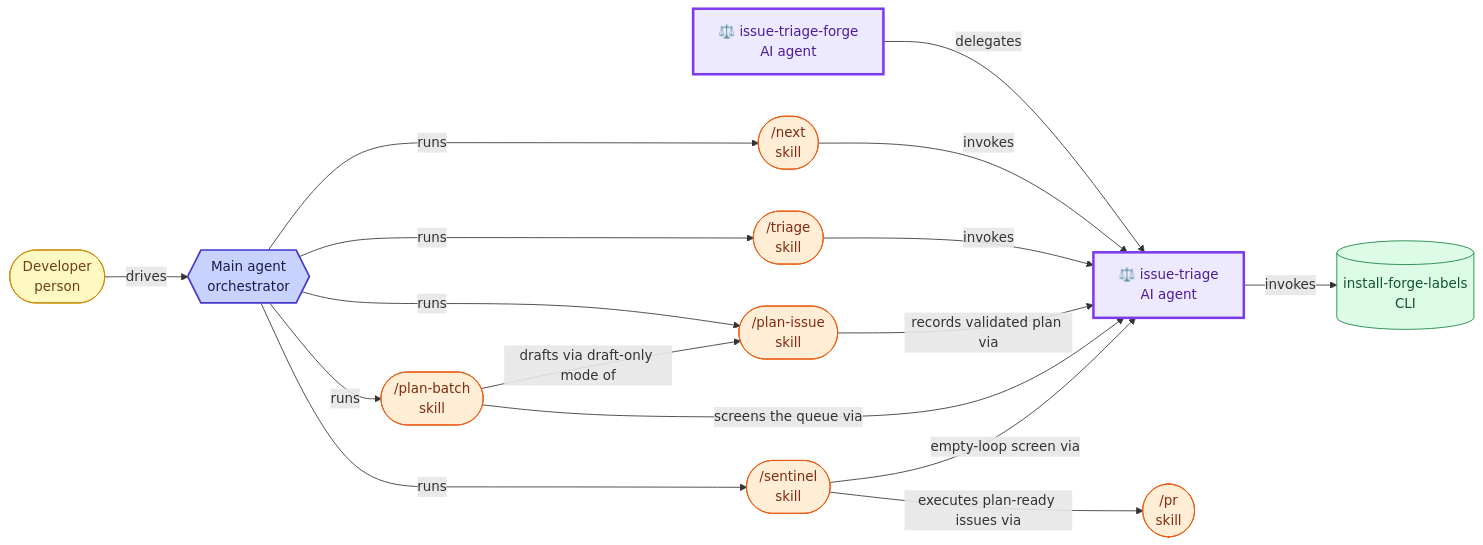
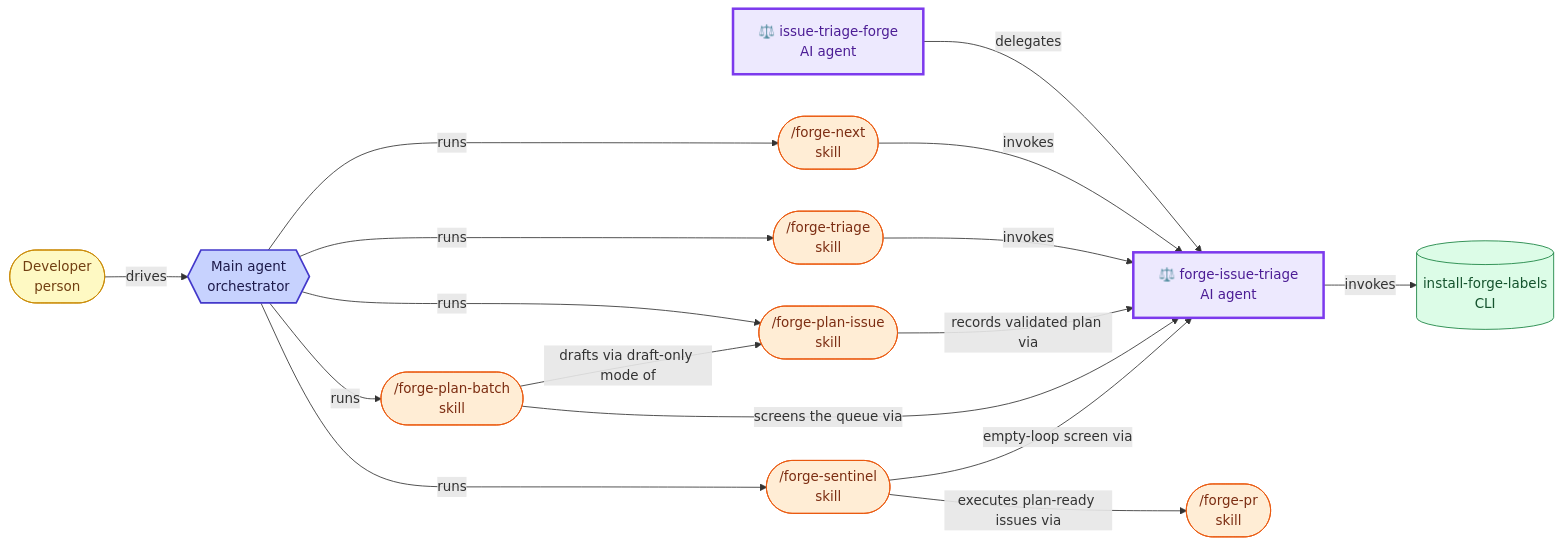
The fifth of 7 diagrams in docs/agent-architecture.md (misnaej/forge), drawn with Mermaid before and after one commit. The commit also changed other lines of this file and 187 other files, not shown here.

````diff
--- a/docs/agent-architecture.md
+++ b/docs/agent-architecture.md
@@ -327,51 +324,51 @@
 ```mermaid
 graph LR
   classDef person fill:#fef9c3,stroke:#ca8a04,color:#713f12
   classDef agent fill:#ede9fe,stroke:#7c3aed,color:#4c1d95
   classDef skill fill:#ffedd5,stroke:#ea580c,color:#7c2d12
   classDef hook fill:#fee2e2,stroke:#dc2626,color:#7f1d1d
   classDef cli fill:#dcfce7,stroke:#15803d,color:#14532d
   classDef policy fill:#f1f5f9,stroke:#64748b,color:#334155
   classDef orchestrator fill:#c7d2fe,stroke:#4338ca,color:#1e1b4b,stroke-width:2px
   classDef reporter stroke-dasharray:5 3
   classDef mutator stroke-width:3px
   human(["Developer<br/>person"])
   main_agent{{"Main agent<br/>orchestrator"}}
   human -->|drives| main_agent
   cli_install_forge_labels[("install-forge-labels<br/>CLI")]
-  issue_triage["⚖️ issue-triage<br/>AI agent"]
+  issue_triage["⚖️ forge-issue-triage<br/>AI agent"]
   issue_triage_forge["⚖️ issue-triage-forge<br/>AI agent"]
-  sk_next(["/next<br/>skill"])
-  sk_triage(["/triage<br/>skill"])
-  sk_plan_issue(["/plan-issue<br/>skill"])
-  sk_plan_batch(["/plan-batch<br/>skill"])
-  sk_sentinel(["/sentinel<br/>skill"])
-  sk_pr(["/pr<br/>skill"])
+  sk_next(["/forge-next<br/>skill"])
+  sk_triage(["/forge-triage<br/>skill"])
+  sk_plan_issue(["/forge-plan-issue<br/>skill"])
+  sk_plan_batch(["/forge-plan-batch<br/>skill"])
+  sk_sentinel(["/forge-sentinel<br/>skill"])
+  sk_pr(["/forge-pr<br/>skill"])
   main_agent -->|runs| sk_next
   main_agent -->|runs| sk_triage
   main_agent -->|runs| sk_plan_issue
   main_agent -->|runs| sk_plan_batch
   main_agent -->|runs| sk_sentinel
   issue_triage_forge -->|delegates| issue_triage
   sk_next -->|invokes| issue_triage
   sk_triage -->|invokes| issue_triage
   sk_plan_issue -->|records validated plan via| issue_triage
   sk_plan_batch -->|screens the queue via| issue_triage
   sk_plan_batch -->|drafts via draft-only mode of| sk_plan_issue
   sk_sentinel -->|executes plan-ready issues via| sk_pr
   sk_sentinel -->|empty-loop screen via| issue_triage
   issue_triage -->|invokes| cli_install_forge_labels
   class human person
   class main_agent orchestrator
   class cli_install_forge_labels cli
   class issue_triage agent
   class issue_triage mutator
   class issue_triage_forge agent
   class issue_triage_forge mutator
   class sk_next skill
   class sk_triage skill
   class sk_plan_issue skill
   class sk_plan_batch skill
   class sk_sentinel skill
   class sk_pr skill
 ```
````
